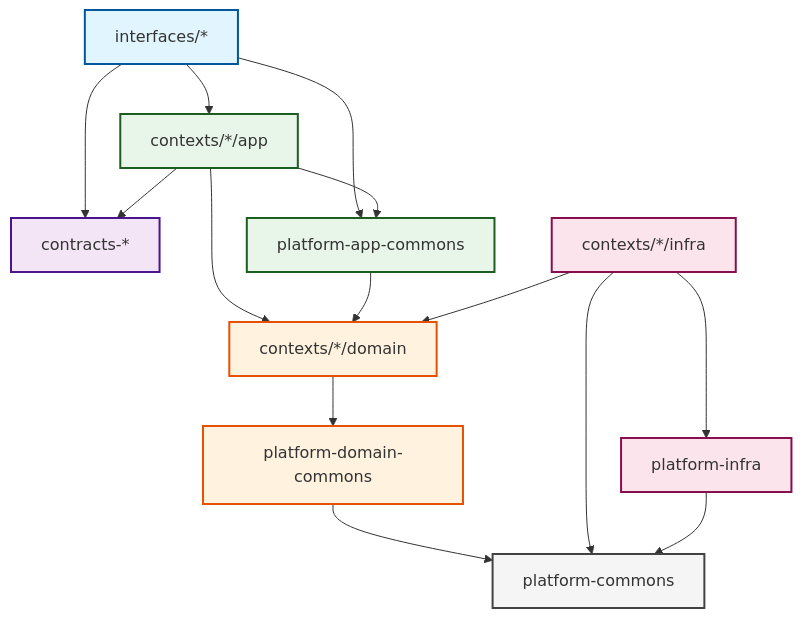
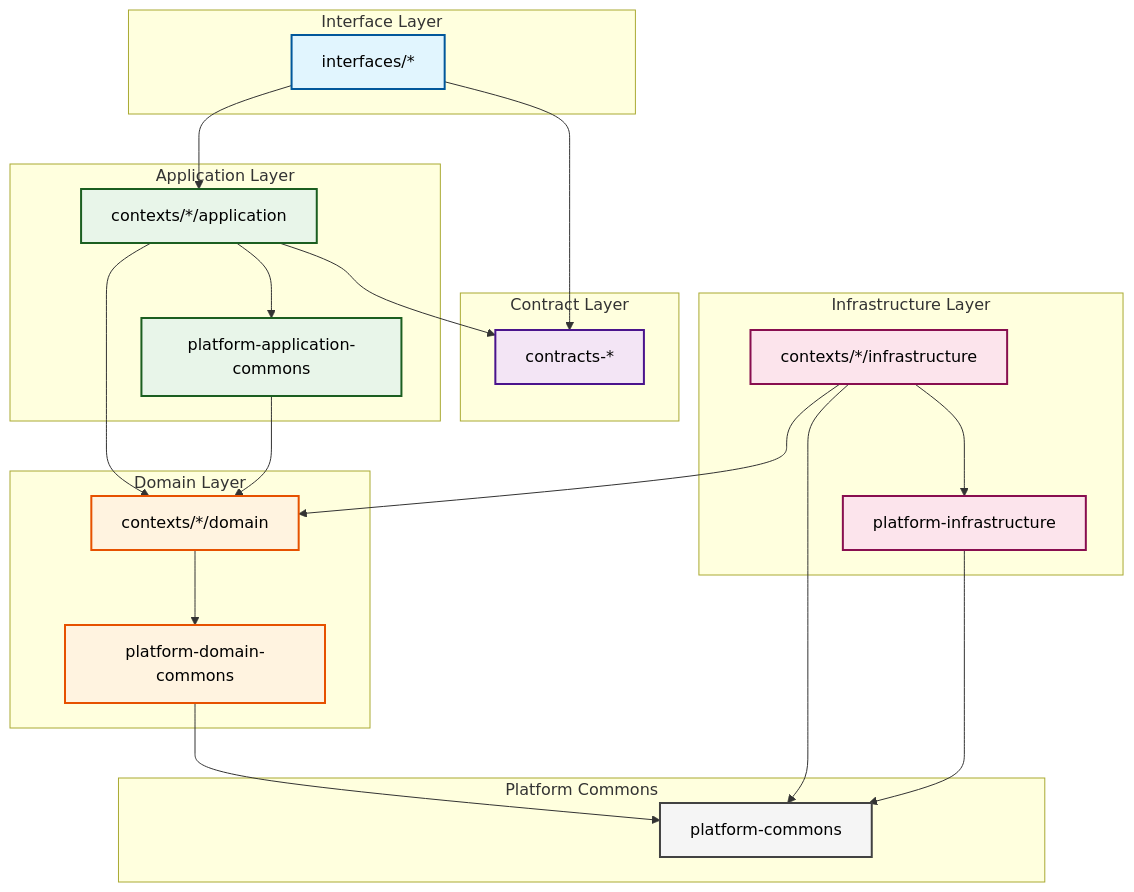
The diagram in docs/architecture/guidelines/dependency-rules.md (kamiazya/scopes), drawn with Mermaid before and after one commit.

Commit message:
docs: Update Mermaid diagram to group modules by layer
- Add subgraphs to visually group modules by architectural layer
- Fix module names (app→application, infra→infrastructure)
- Add color to text for better readability (color:#000)
- Organize into 6 distinct layers: Interface, Contract, Application, Domain, Infrastructure, Platform Commons

🤖 Generated with [Claude Code](https://claude.ai/code)

````diff
--- a/docs/architecture/guidelines/dependency-rules.md
+++ b/docs/architecture/guidelines/dependency-rules.md
@@ -9,59 +9,65 @@
 ```mermaid
 graph TD
-    %% Interface Layer
-    interfaces[interfaces/*]
+    %% Group definitions
+    subgraph "Interface Layer"
+        interfaces[interfaces/*]
+    end
     
-    %% Contract Layer
-    contracts[contracts-*]
+    subgraph "Contract Layer"
+        contracts[contracts-*]
+    end
     
-    %% Application Layer
-    contexts_app[contexts/*/app]
-    platform_app[platform-app-commons]
+    subgraph "Application Layer"
+        contexts_app[contexts/*/application]
+        platform_app[platform-application-commons]
+    end
     
-    %% Domain Layer
-    contexts_domain[contexts/*/domain]
-    platform_domain[platform-domain-commons]
+    subgraph "Domain Layer"
+        contexts_domain[contexts/*/domain]
+        platform_domain[platform-domain-commons]
+    end
     
-    %% Infrastructure Layer
-    contexts_infra[contexts/*/infra]
-    platform_infra[platform-infra]
+    subgraph "Infrastructure Layer"
+        contexts_infra[contexts/*/infrastructure]
+        platform_infra[platform-infrastructure]
+    end
     
-    %% Commons
-    platform_commons[platform-commons]
+    subgraph "Platform Commons"
+        platform_commons[platform-commons]
+    end
     
     %% Dependencies
     interfaces --> contracts
     interfaces --> contexts_app
-    interfaces --> platform_app
     
     contexts_app --> contracts
     contexts_app --> contexts_domain
     contexts_app --> platform_app
     
     platform_app --> contexts_domain
     
     contexts_domain --> platform_domain
     
     platform_domain --> platform_commons
     
     contexts_infra --> contexts_domain
     contexts_infra --> platform_commons
     contexts_infra --> platform_infra
     
     platform_infra --> platform_commons
     
     %% Styling
-    classDef interfaceClass fill:#e1f5fe,stroke:#01579b,stroke-width:2px
-    classDef contractClass fill:#f3e5f5,stroke:#4a148c,stroke-width:2px
-    classDef appClass fill:#e8f5e9,stroke:#1b5e20,stroke-width:2px
-    classDef domainClass fill:#fff3e0,stroke:#e65100,stroke-width:2px
-    classDef infraClass fill:#fce4ec,stroke:#880e4f,stroke-width:2px
-    classDef commonsClass fill:#f5f5f5,stroke:#424242,stroke-width:2px
+    classDef interfaceClass fill:#e1f5fe,stroke:#01579b,stroke-width:2px,color:#000
+    classDef contractClass fill:#f3e5f5,stroke:#4a148c,stroke-width:2px,color:#000
+    classDef appClass fill:#e8f5e9,stroke:#1b5e20,stroke-width:2px,color:#000
+    classDef domainClass fill:#fff3e0,stroke:#e65100,stroke-width:2px,color:#000
+    classDef infraClass fill:#fce4ec,stroke:#880e4f,stroke-width:2px,color:#000
+    classDef commonsClass fill:#f5f5f5,stroke:#424242,stroke-width:2px,color:#000
     
     class interfaces interfaceClass
     class contracts contractClass
     class contexts_app,platform_app appClass
     class contexts_domain,platform_domain domainClass
     class contexts_infra,platform_infra infraClass
     class platform_commons commonsClass
 ```
````
